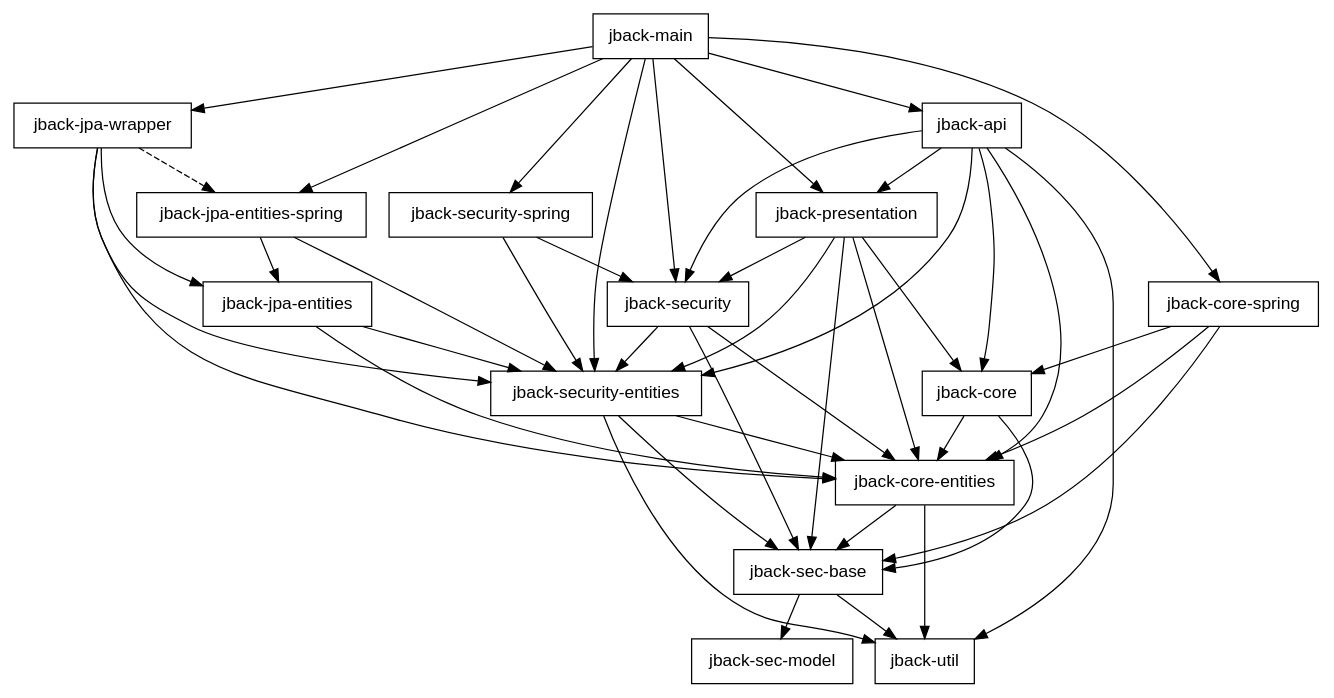
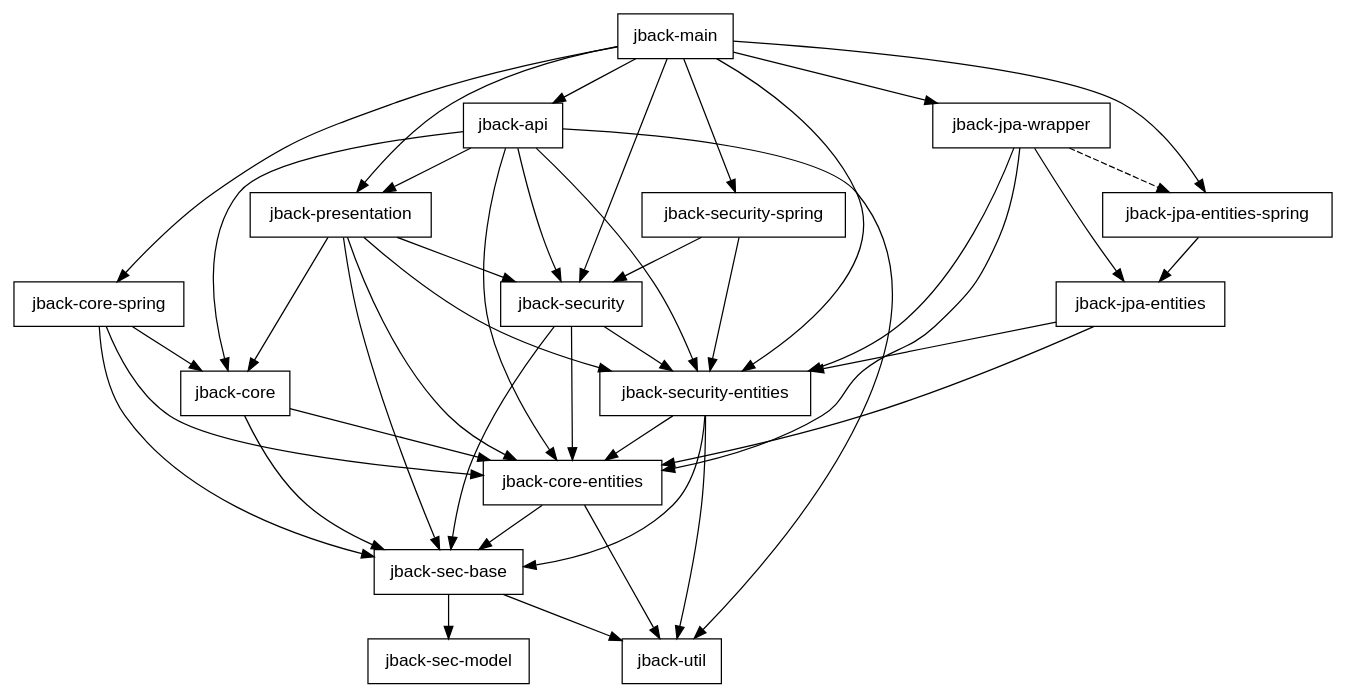
The diagram in graphviz/module-dependencies.dot (blaulaub/jback), drawn with Graphviz before and after one commit. The commit also changed 1 other file, not shown here.

Commit message:
update dependency graph

```diff
--- a/graphviz/module-dependencies.dot
+++ b/graphviz/module-dependencies.dot
@@ -1,49 +1,48 @@
 digraph G {
 
   node [ shape="box", fontname="helvetica" ];
 
   "jback-main" -> "jback-api";
   "jback-main" -> "jback-core-spring";
   "jback-main" -> "jback-jpa-entities-spring";
   "jback-main" -> "jback-jpa-wrapper";
   "jback-main" -> "jback-presentation";
   "jback-main" -> "jback-security";
   "jback-main" -> "jback-security-entities";
   "jback-main" -> "jback-security-spring";
   "jback-jpa-wrapper" -> "jback-core-entities";
   "jback-jpa-wrapper" -> "jback-jpa-entities";
   "jback-jpa-wrapper" -> "jback-jpa-entities-spring" [ style="dashed" ];
   "jback-jpa-wrapper" -> "jback-security-entities";
   "jback-jpa-entities-spring" -> "jback-jpa-entities";
-  "jback-jpa-entities-spring" -> "jback-security-entities";
   "jback-jpa-entities" -> "jback-core-entities";
   "jback-jpa-entities" -> "jback-security-entities";
   "jback-api" -> "jback-core";
   "jback-api" -> "jback-core-entities";
   "jback-api" -> "jback-presentation";
   "jback-api" -> "jback-security";
   "jback-api" -> "jback-security-entities";
   "jback-api" -> "jback-util";
   "jback-presentation" -> "jback-core";
   "jback-presentation" -> "jback-core-entities";
   "jback-presentation" -> "jback-sec-base";
   "jback-presentation" -> "jback-security";
   "jback-presentation" -> "jback-security-entities";
   "jback-security" -> "jback-core-entities";
   "jback-security" -> "jback-sec-base";
   "jback-security" -> "jback-security-entities";
   "jback-security-entities" -> "jback-core-entities";
   "jback-security-entities" -> "jback-sec-base";
   "jback-security-entities" -> "jback-util";
   "jback-security-spring" -> "jback-security";
   "jback-security-spring" -> "jback-security-entities";
   "jback-core" -> "jback-core-entities";
   "jback-core" -> "jback-sec-base";
   "jback-core-entities" -> "jback-sec-base";
   "jback-core-entities" -> "jback-util";
   "jback-core-spring" -> "jback-core";
   "jback-core-spring" -> "jback-core-entities";
   "jback-core-spring" -> "jback-sec-base";
   "jback-sec-base" -> "jback-sec-model";
   "jback-sec-base" -> "jback-util";
 }
```
